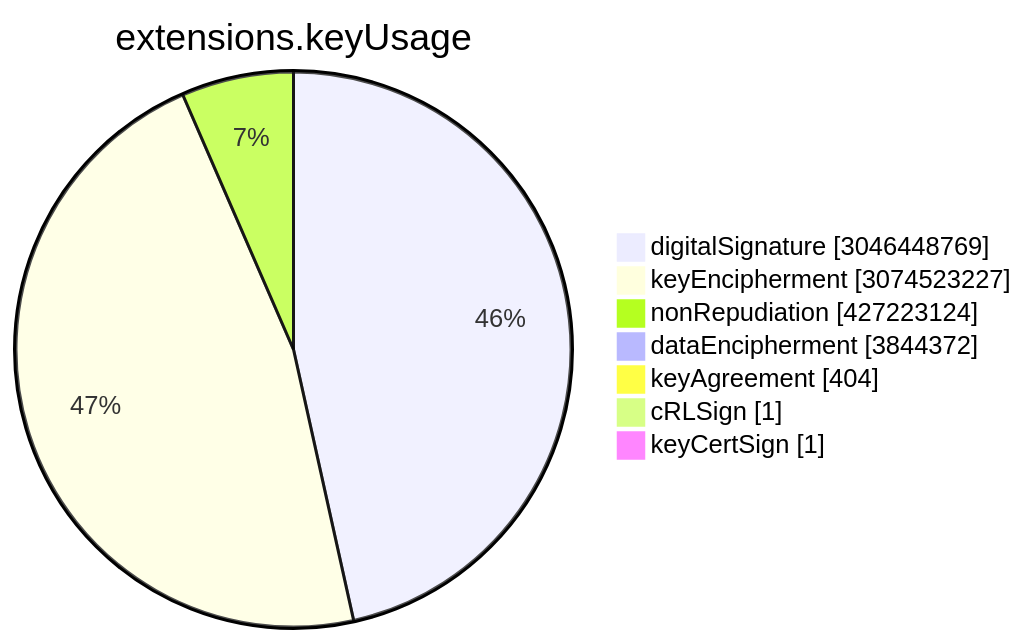
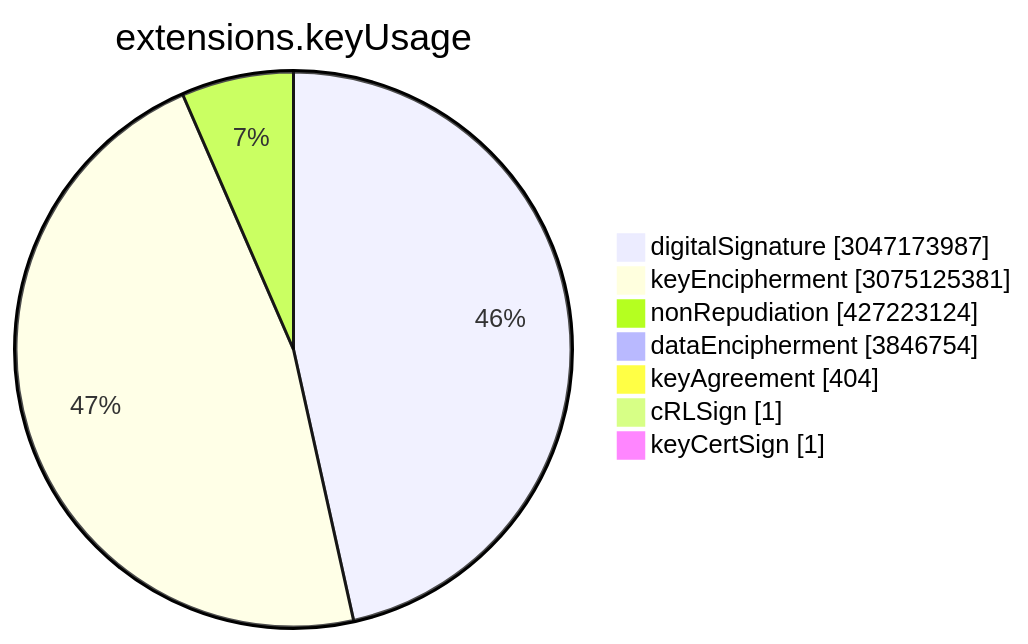
The sixth of 15 diagrams in TOTAL/README.md (christiankrug/ctmonitor_visualization), drawn with Mermaid before and after one commit. The commit also changed other lines of this file, not shown here.

````diff
--- a/TOTAL/README.md
+++ b/TOTAL/README.md
@@ -3077,11 +3077,11 @@
 ```mermaid
 pie showData
 title extensions.keyUsage
-"digitalSignature" :3046448769
-"keyEncipherment" :3074523227
+"digitalSignature" :3047173987
+"keyEncipherment" :3075125381
 "nonRepudiation" :427223124
-"dataEncipherment" :3844372
+"dataEncipherment" :3846754
 "keyAgreement" :404
 "cRLSign" :1
 "keyCertSign" :1
 ```
````
